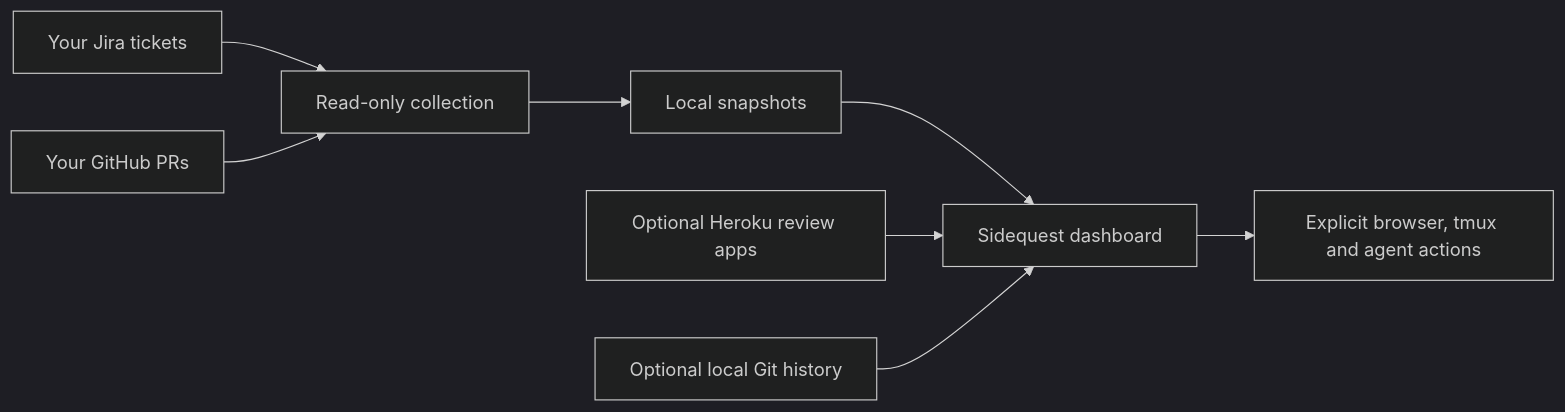
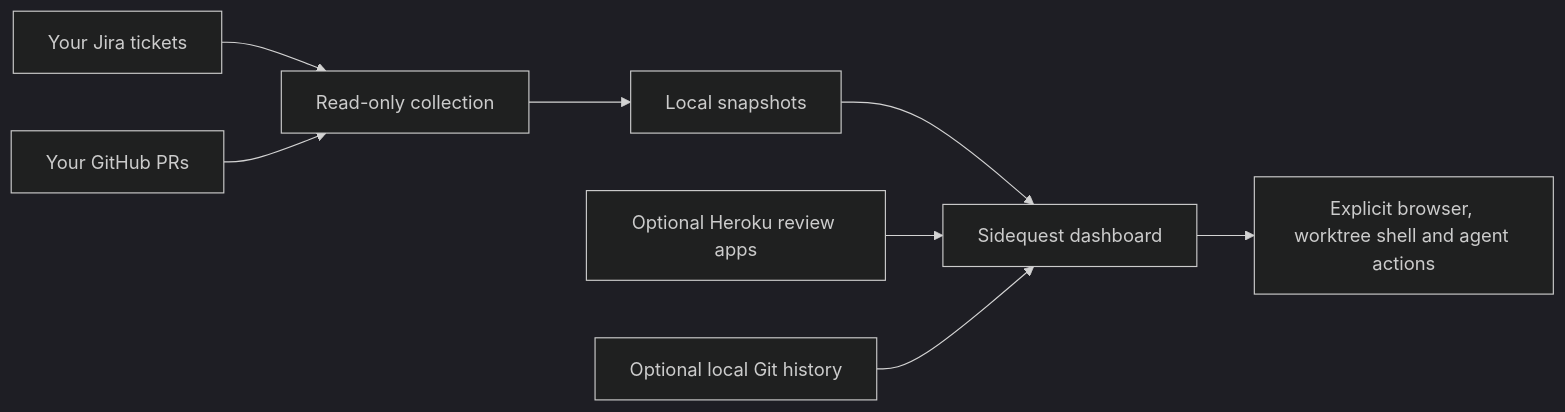
The diagram in README.md (Jackson201325/sidequest), drawn with Mermaid (dark theme) before and after one commit. The commit also changed other lines of this file and 12 other files, not shown here.

````diff
--- a/README.md
+++ b/README.md
@@ -35,10 +35,10 @@
 ```mermaid
 flowchart LR
   Jira[Your Jira tickets] --> Collect[Read-only collection]
   GitHub[Your GitHub PRs] --> Collect
   Collect --> Cache[Local snapshots]
   Cache --> Queue[Sidequest dashboard]
   Heroku[Optional Heroku review apps] --> Queue
   Git[Optional local Git history] --> Queue
-  Queue --> Actions[Explicit browser, tmux and agent actions]
+  Queue --> Actions[Explicit browser, worktree shell and agent actions]
 ```
````
